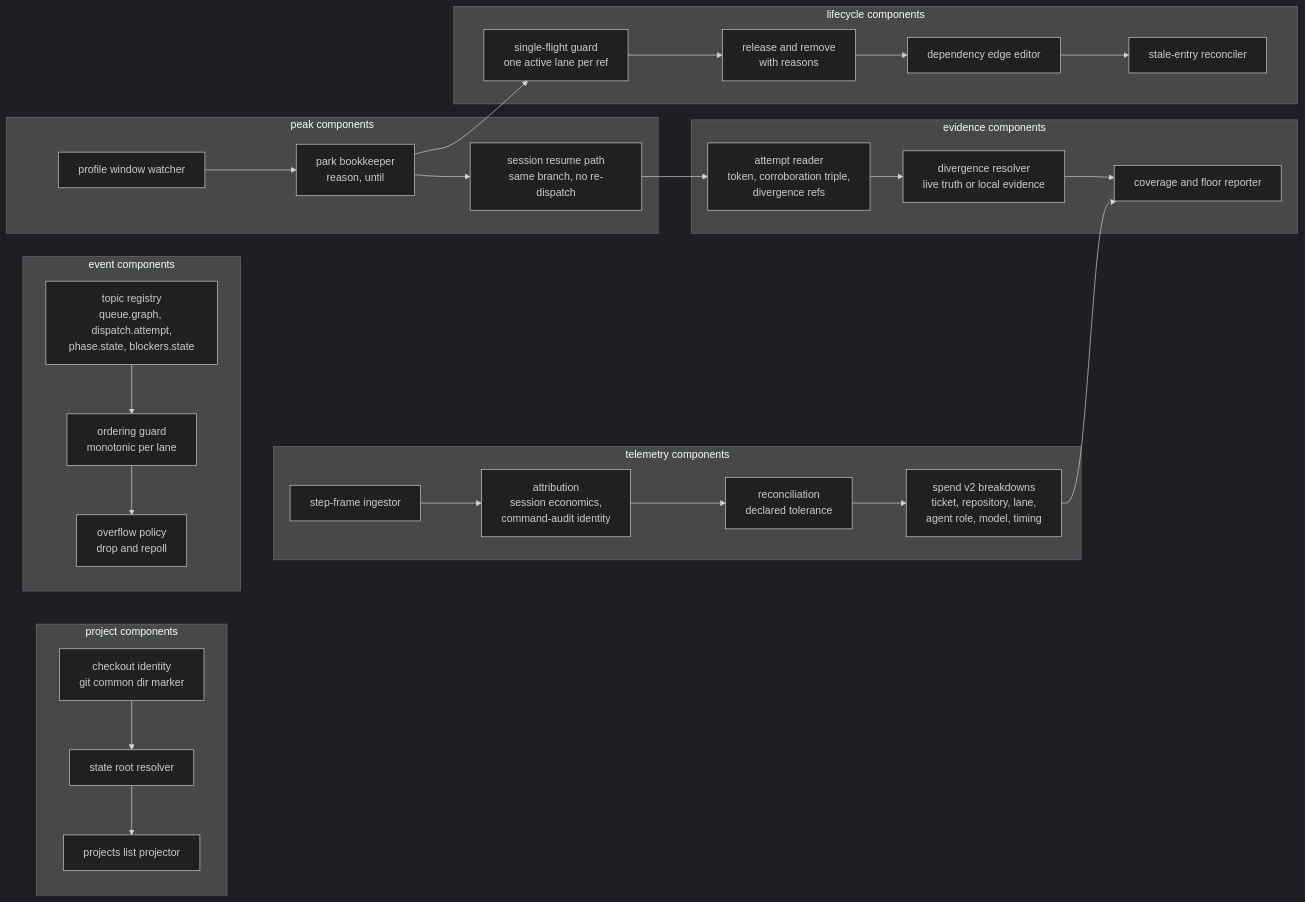
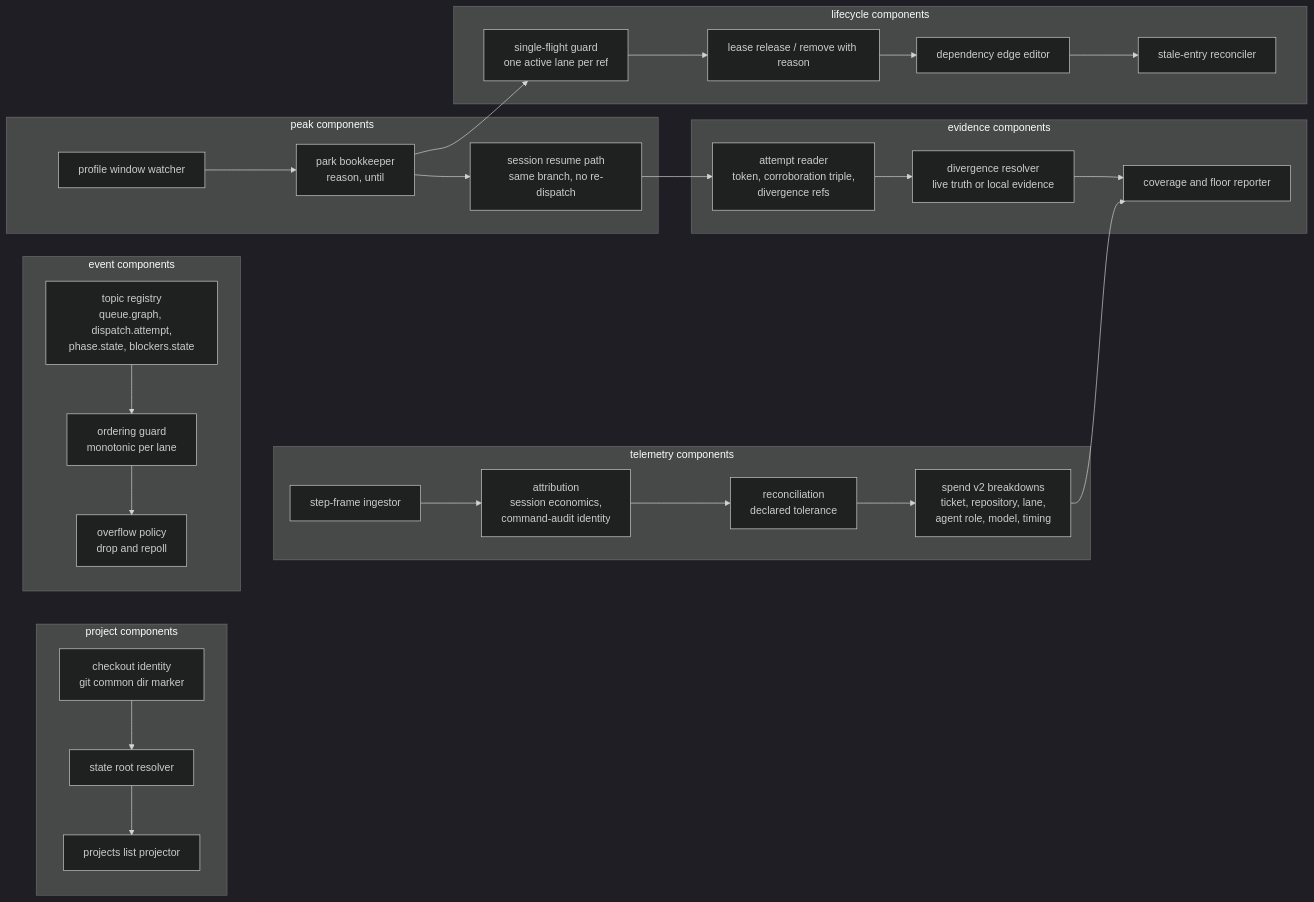
The third of 10 diagrams in doc/planning/oss-tooling/milestones/m2/architecture.md (juliusz-cwiakalski/agentic-delivery-os), drawn with Mermaid (dark theme) before and after one commit. The commit also changed other lines of this file and 9 other files, not shown here.

````diff
--- a/doc/planning/oss-tooling/milestones/m2/architecture.md
+++ b/doc/planning/oss-tooling/milestones/m2/architecture.md
@@ -84,45 +84,45 @@
 ```mermaid
 flowchart LR
     subgraph project [project components]
         IDENT[checkout identity<br/>git common dir marker]
         ROOT[state root resolver]
         LIST[projects list projector]
     end
     subgraph evidence [evidence components]
         ATTEMPT[attempt reader<br/>token, corroboration triple,<br/>divergence refs]
         RESOLVE[divergence resolver<br/>live truth or local evidence]
         FLOOR[coverage and floor reporter]
     end
     subgraph events [event components]
         TOPICS[topic registry<br/>queue.graph, dispatch.attempt,<br/>phase.state, blockers.state]
         ORDER[ordering guard<br/>monotonic per lane]
         OVER[overflow policy<br/>drop and repoll]
     end
     subgraph telemetry [telemetry components]
         INGEST[step-frame ingestor]
         ATTR[attribution<br/>session economics,<br/>command-audit identity]
         RECON[reconciliation<br/>declared tolerance]
         BREAK[spend v2 breakdowns<br/>ticket, repository, lane,<br/>agent role, model, timing]
     end
     subgraph lifecycle [lifecycle components]
-        REL[release and remove<br/>with reasons]
+        REL[lease release / remove with reason]
         DEP[dependency edge editor]
         SINGLE[single-flight guard<br/>one active lane per ref]
         STALE[stale-entry reconciler]
     end
     subgraph peak [peak components]
         WATCH[profile window watcher]
         PARK[park bookkeeper<br/>reason, until]
         RESUME[session resume path<br/>same branch, no re-dispatch]
     end
     IDENT --> ROOT --> LIST
     ATTEMPT --> RESOLVE --> FLOOR
     TOPICS --> ORDER --> OVER
     INGEST --> ATTR --> RECON --> BREAK
     REL --> DEP --> STALE
     SINGLE --> REL
     WATCH --> PARK --> RESUME
     PARK --> SINGLE
     RESUME --> ATTEMPT
     BREAK --> FLOOR
 ```
````
